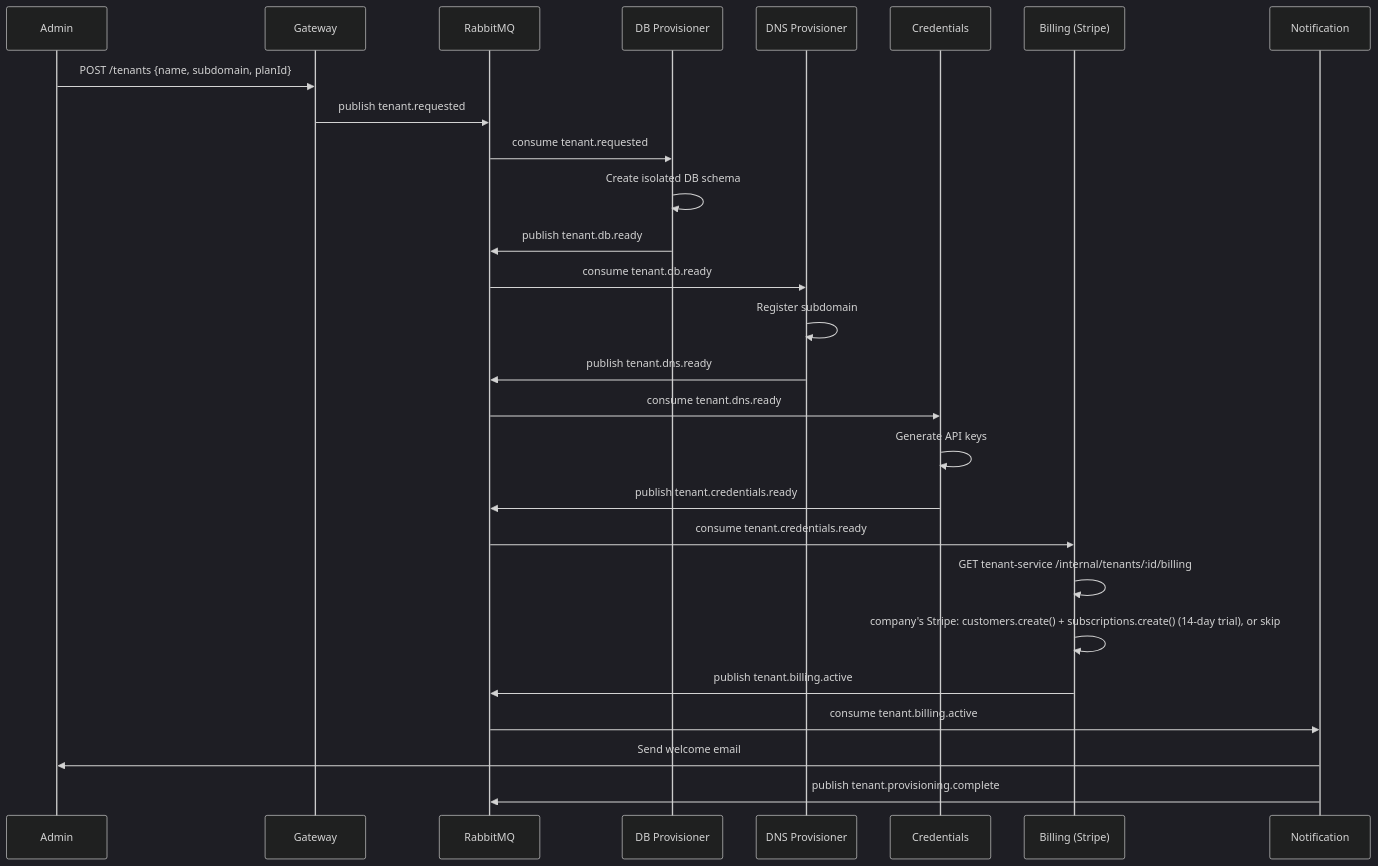
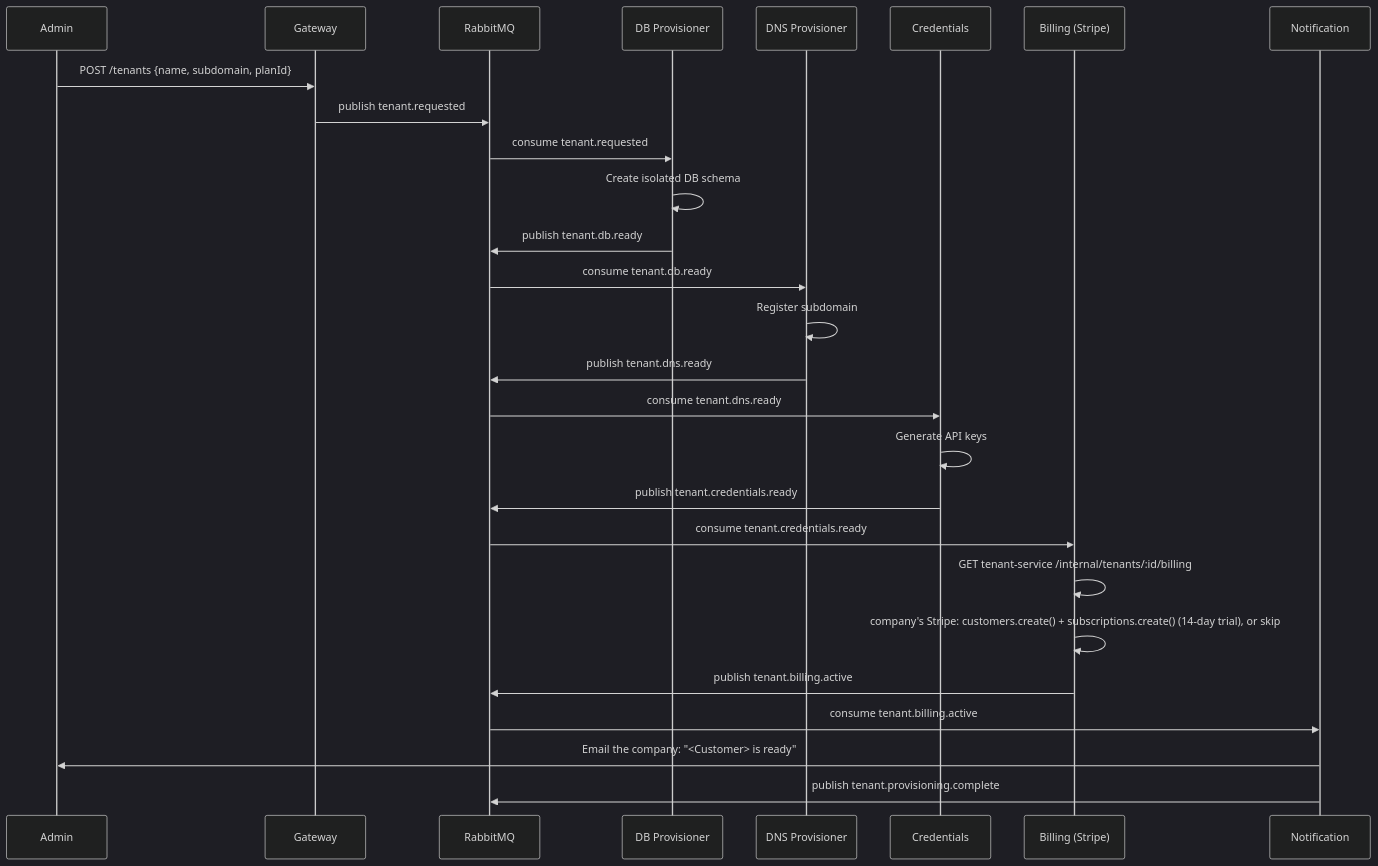
The second of 3 diagrams in README.md (Olayanju-1234/liftoff), drawn with Mermaid (dark theme) before and after one commit. The commit also changed other lines of this file and 23 other files, not shown here.

First line of the commit message:
feat(notification): email the company when a customer is ready or needs attention

````diff
--- a/README.md
+++ b/README.md
@@ -112,35 +118,35 @@
 ```mermaid
 sequenceDiagram
     participant Admin
     participant Gateway
     participant RabbitMQ
     participant DB as DB Provisioner
     participant DNS as DNS Provisioner
     participant Creds as Credentials
     participant Billing as Billing (Stripe)
     participant Notify as Notification
 
     Admin->>Gateway: POST /tenants {name, subdomain, planId}
     Gateway->>RabbitMQ: publish tenant.requested
 
     RabbitMQ->>DB: consume tenant.requested
     DB->>DB: Create isolated DB schema
     DB->>RabbitMQ: publish tenant.db.ready
 
     RabbitMQ->>DNS: consume tenant.db.ready
     DNS->>DNS: Register subdomain
     DNS->>RabbitMQ: publish tenant.dns.ready
 
     RabbitMQ->>Creds: consume tenant.dns.ready
     Creds->>Creds: Generate API keys
     Creds->>RabbitMQ: publish tenant.credentials.ready
 
     RabbitMQ->>Billing: consume tenant.credentials.ready
     Billing->>Billing: GET tenant-service /internal/tenants/:id/billing
     Billing->>Billing: company's Stripe: customers.create() + subscriptions.create() (14-day trial), or skip
     Billing->>RabbitMQ: publish tenant.billing.active
 
     RabbitMQ->>Notify: consume tenant.billing.active
-    Notify->>Admin: Send welcome email
+    Notify->>Admin: Email the company: "<Customer> is ready"
     Notify->>RabbitMQ: publish tenant.provisioning.complete
 ```
````
